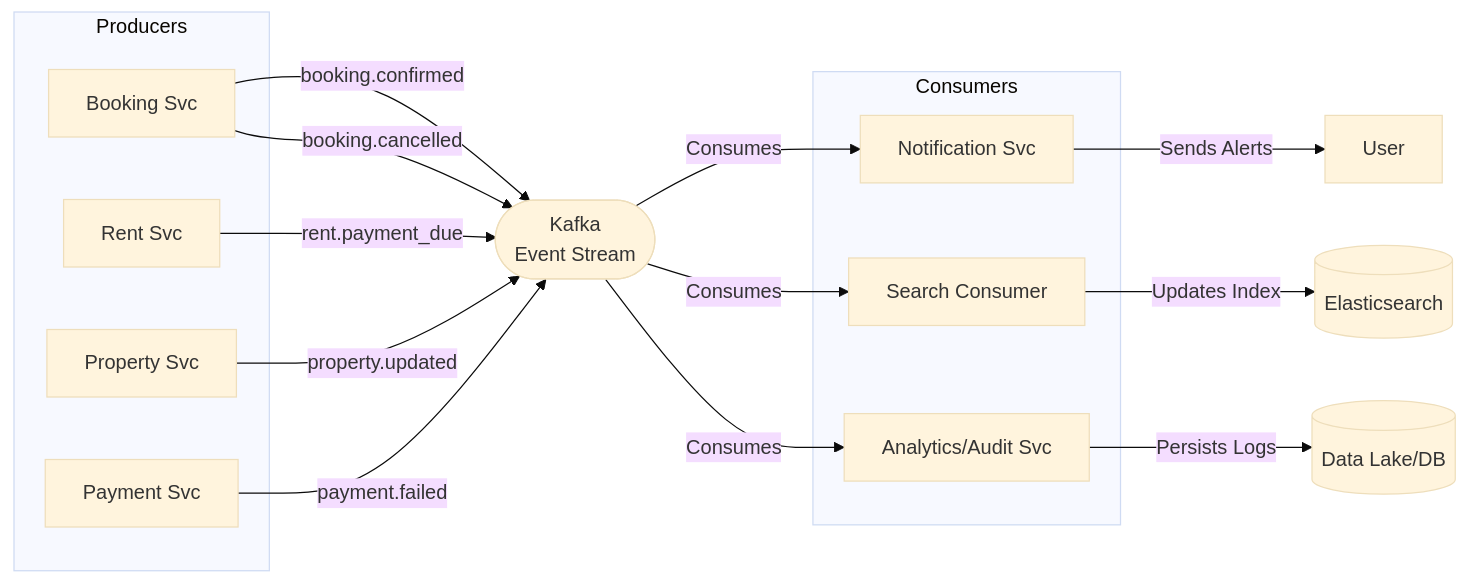
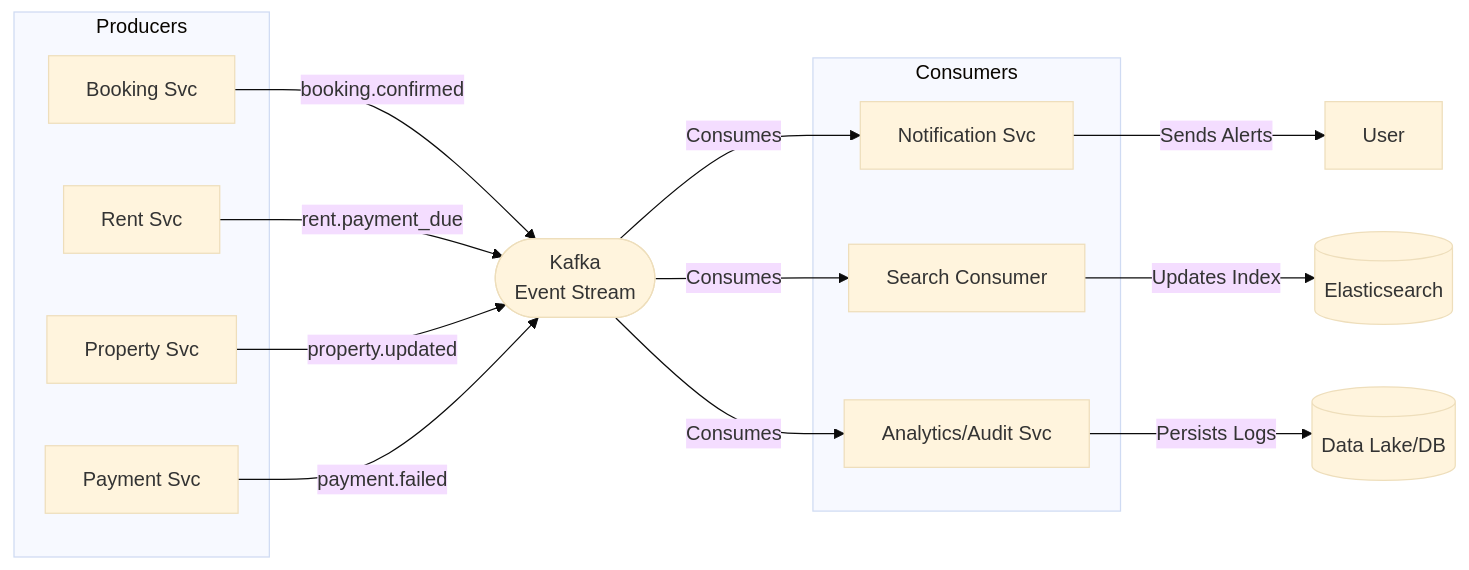
The third of 3 diagrams in README.md (AdilAbubacker/rentezy_backend), drawn with Mermaid (base theme) before and after one commit.

````diff
--- a/README.md
+++ b/README.md
@@ -404,33 +404,32 @@
 ```mermaid
 graph LR
     subgraph Producers
         BookingService[Booking Svc]
         RentService[Rent Svc]
         PropertyService[Property Svc]
         PaymentService[Payment Svc]
     end
     
 
     Kafka([Kafka<br>Event Stream])
 
     subgraph Consumers
         NotificationService[Notification Svc]
         SearchConsumer[Search Consumer]
         AnalyticsAudit[Analytics/Audit Svc]
     end
     
 
     BookingService -- "booking.confirmed" --> Kafka
-    BookingService -- "booking.cancelled" --> Kafka
     RentService -- "rent.payment_due" --> Kafka
     PropertyService -- "property.updated" --> Kafka
     PaymentService -- "payment.failed" --> Kafka
 
     Kafka -- "Consumes" --> NotificationService
     Kafka -- "Consumes" --> SearchConsumer
     Kafka -- "Consumes" --> AnalyticsAudit
 
     NotificationService -- "Sends Alerts" --> User[User]
     SearchConsumer -- "Updates Index" --> Elasticsearch[(Elasticsearch)]
     AnalyticsAudit -- "Persists Logs" --> DataLake[(Data Lake/DB)]
 ```
````
